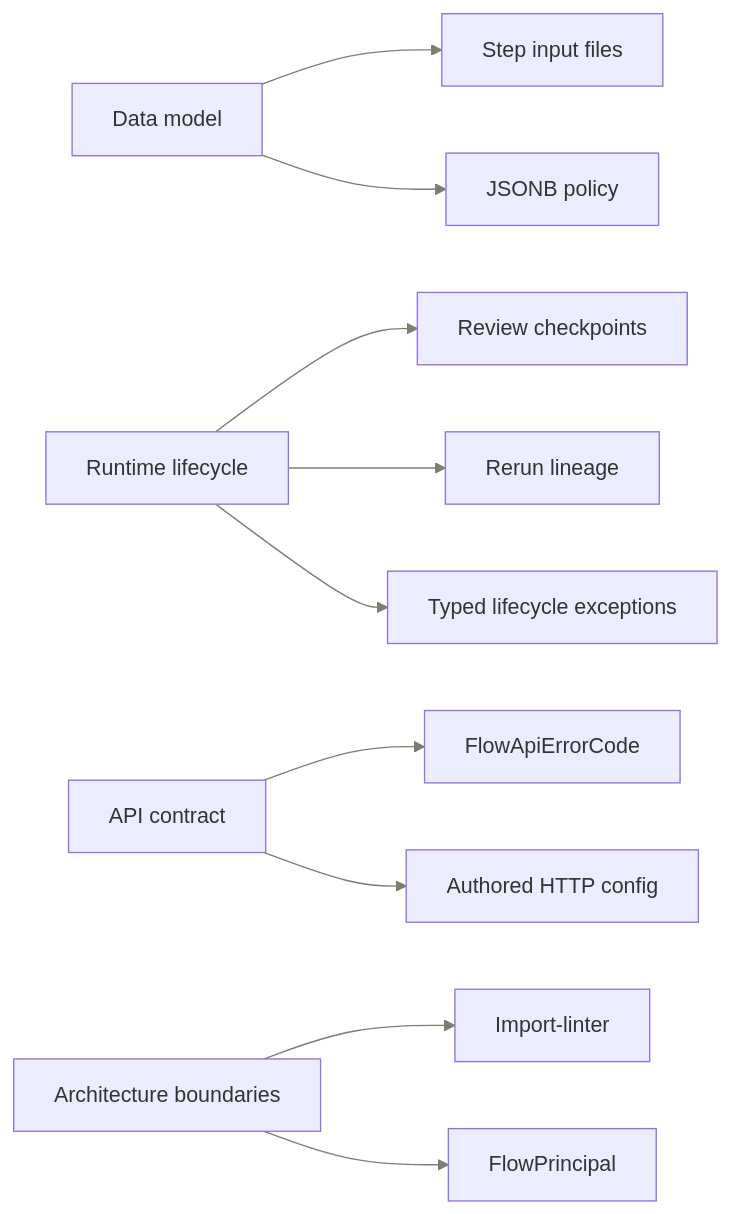
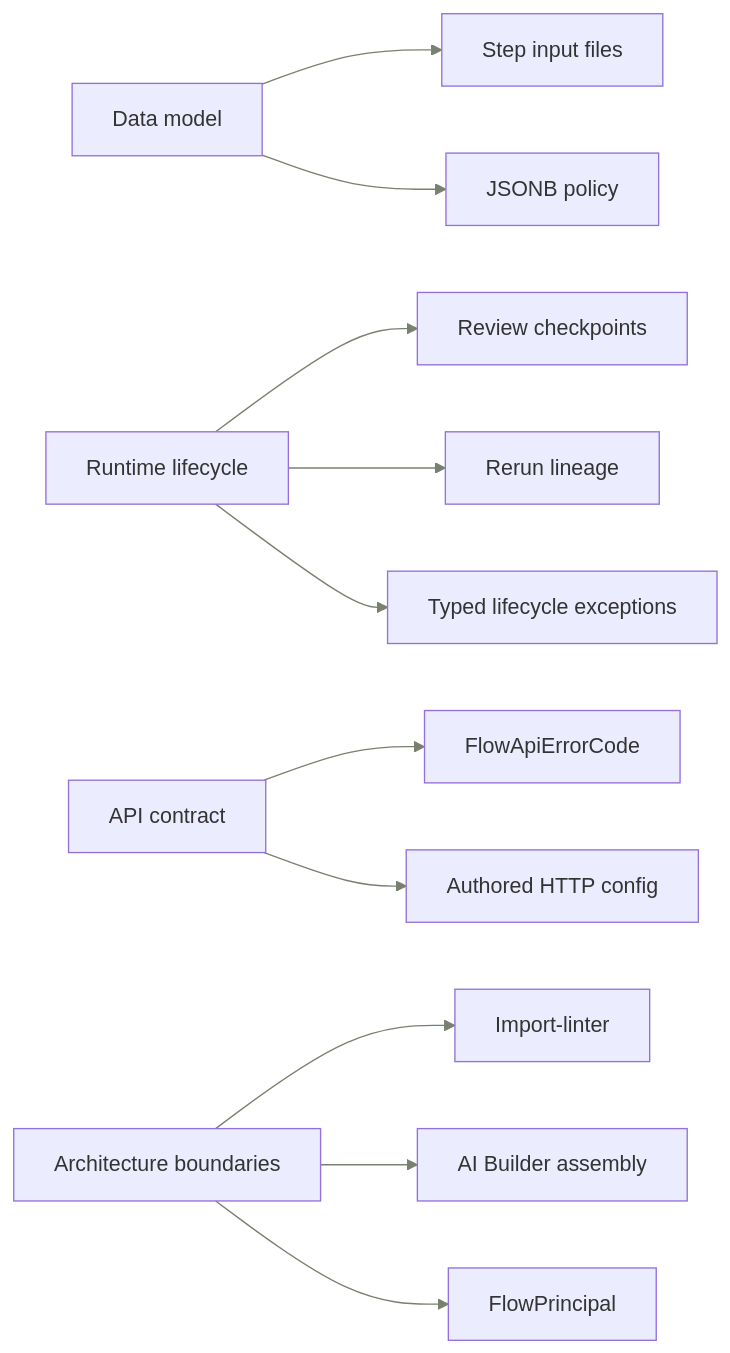
The diagram in frontend/apps/docs-site/src/content/docs/flows-for-developers/key-decisions.mdx (eneo-ai/eneo), drawn with Mermaid before and after one commit. The commit also changed other lines of this file and 4 other files, not shown here.

First line of the commit message:
docs(flows): update AI Builder assembly architecture

````diff
--- a/frontend/apps/docs-site/src/content/docs/flows-for-developers/key-decisions.mdx
+++ b/frontend/apps/docs-site/src/content/docs/flows-for-developers/key-decisions.mdx
@@ -11,13 +11,14 @@
 ```mermaid
 %%{init: {"themeVariables": {"background": "#f8f6f0", "primaryColor": "#e8ded1", "primaryTextColor": "#242620", "primaryBorderColor": "#6f7b5d", "secondaryColor": "#d7e0d2", "tertiaryColor": "#f1ece4", "lineColor": "#78816f", "edgeLabelBackground": "#f8f6f0", "clusterBkg": "#f4efe7", "clusterBorder": "#9a8a73", "fontFamily": "Inter, ui-sans-serif, system-ui, sans-serif"}}}%%
 flowchart LR
   data["Data model"] --> inputs["Step input files"]
   data --> jsonb["JSONB policy"]
   runtime["Runtime lifecycle"] --> checkpoint["Review checkpoints"]
   runtime --> rerun["Rerun lineage"]
   runtime --> exceptions["Typed lifecycle exceptions"]
   api["API contract"] --> errors["FlowApiErrorCode"]
   api --> http["Authored HTTP config"]
   boundaries["Architecture boundaries"] --> imports["Import-linter"]
+  boundaries --> builder["AI Builder assembly"]
   boundaries --> principals["FlowPrincipal"]
 ```
````
